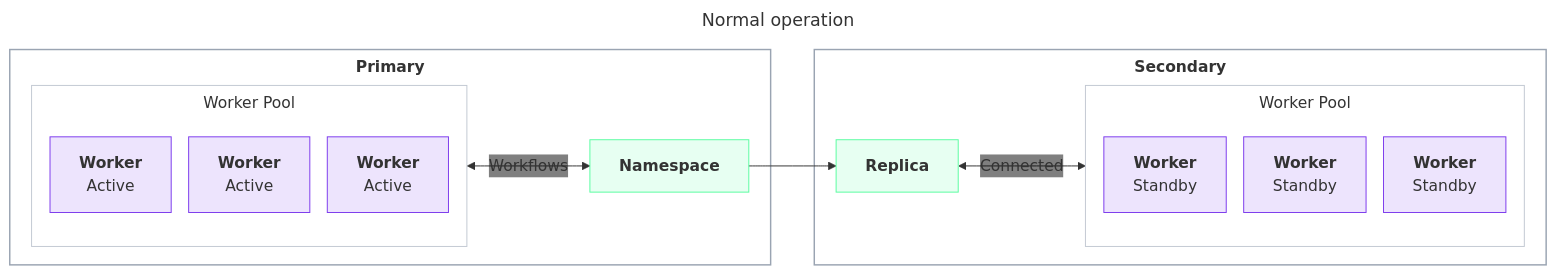
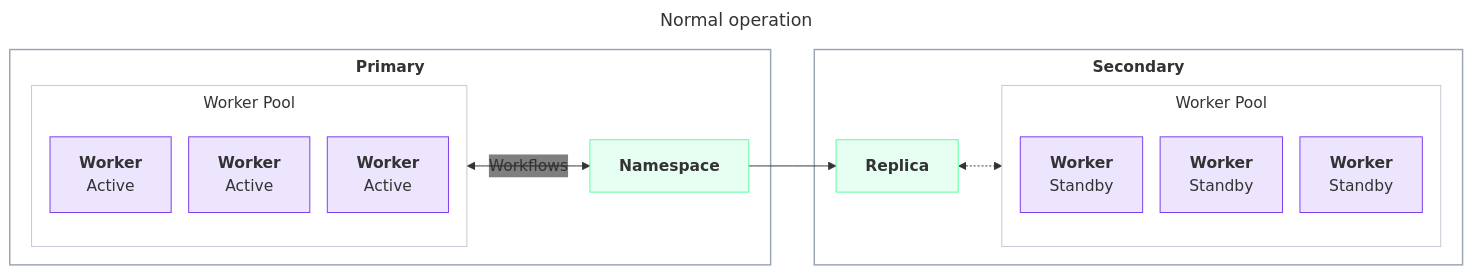
One commit to temporalio/documentation changed diagram 14 of 23 in docs/cloud/high-availability/architecture-patterns.mdx. Above: the diagram before and after it, drawn with Mermaid. The commit also changed other lines of this file, not shown here.

````diff
--- a/docs/cloud/high-availability/architecture-patterns.mdx
+++ b/docs/cloud/high-availability/architecture-patterns.mdx
@@ -497,32 +497,32 @@
 ```mermaid
 ---
 title: Normal operation
 ---
 %%{init: {'themeVariables':{'fontFamily':'Inter, ui-sans-serif, system-ui, sans-serif','edgeLabelBackground':'transparent'},'flowchart':{'nodeSpacing':18,'rankSpacing':45,'curve':'basis','subGraphTitleMargin':{'top':6,'bottom':12}}}}%%
 flowchart LR
     classDef worker fill:#7C3AED22,stroke:#7C3AED,stroke-width:1px;
     classDef ns fill:#59FDA024,stroke:#59FDA0,stroke-width:1px;
     classDef region fill:transparent,stroke:#9aa4b2,stroke-width:1.5px;
     classDef pool fill:transparent,stroke:#c2c8d2,stroke-width:1px;
     subgraph HPRIM["<b>Primary</b>"]
       subgraph HWP["Worker Pool"]
         HW1["<b>Worker</b><br/>Active"]:::worker
         HW2["<b>Worker</b><br/>Active"]:::worker
         HW3["<b>Worker</b><br/>Active"]:::worker
       end
       HNS["<b>Namespace</b>"]:::ns
       HWP <-->|Workflows| HNS
     end
     subgraph HSEC["<b>Secondary</b>"]
       HR["<b>Replica</b>"]:::ns
       subgraph HWP2["Worker Pool"]
         HS1["<b>Worker</b><br/>Standby"]:::worker
         HS2["<b>Worker</b><br/>Standby"]:::worker
         HS3["<b>Worker</b><br/>Standby"]:::worker
       end
-      HR <-->|"Connected"| HWP2
+      HR <-.-> HWP2
     end
     HNS --> HR
     class HPRIM,HSEC region
     class HWP,HWP2 pool
 ```
````
